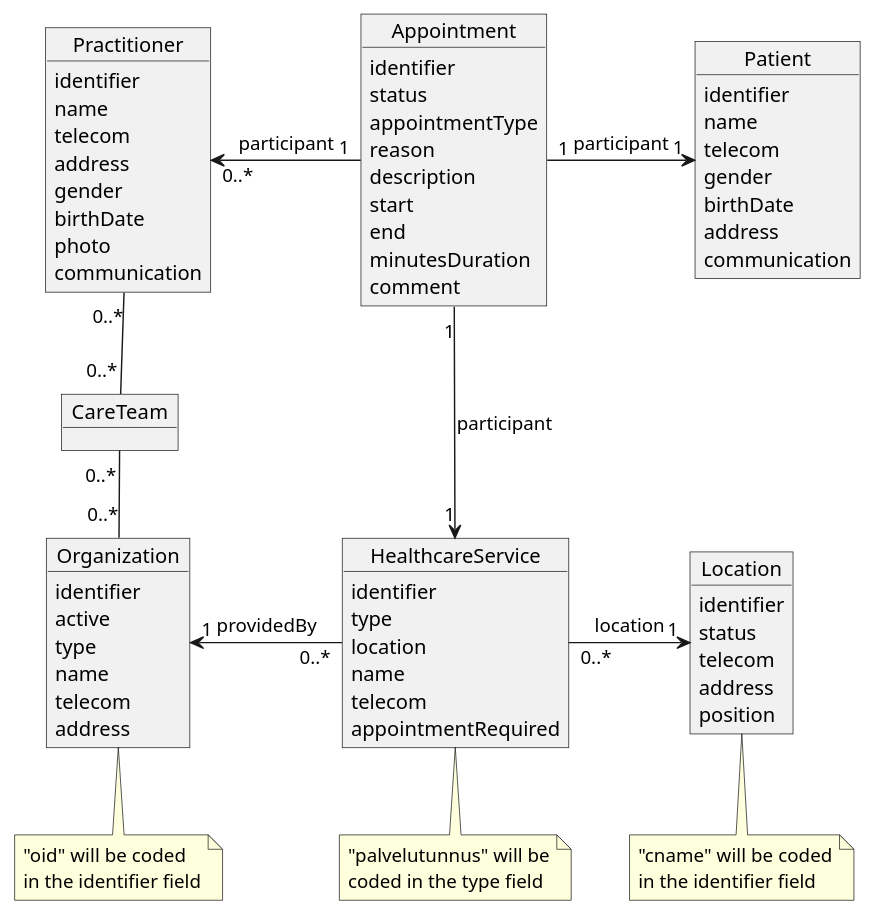
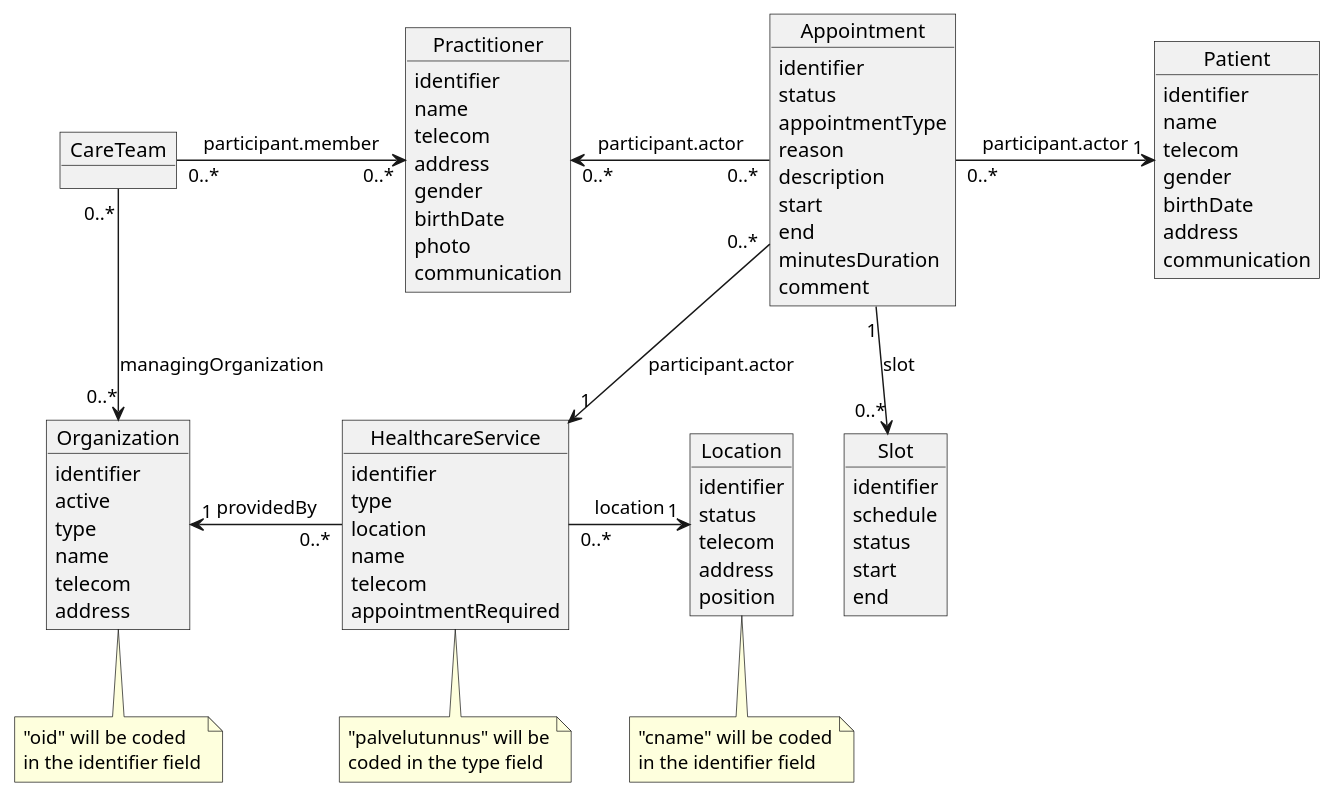
The diagram in ODA_ajanvaraus.plantuml (omahoito/rfc), drawn with PlantUML before and after one commit.

Commit message:
KT-558 updated UML diagram based on comments

```diff
--- a/ODA_ajanvaraus.plantuml
+++ b/ODA_ajanvaraus.plantuml
@@ -1,86 +1,95 @@
 @startuml
 
 hide methods
 
 object Appointment {
   identifier
   status
   appointmentType
   reason
   ' added description field for a human readable description
   description
   start
   end
   minutesDuration
   comment
 }
 
 object Patient {
   ' added some missing fields that are used in a patient resource
   identifier
   name
   telecom
   gender
   birthDate
   address
   communication
+}
+
+object Slot {
+  identifier
+  schedule
+  status
+  start
+  end
 }
 
 object Practitioner {
   identifier
   name
   telecom
   address
   gender
   birthDate  
   photo
   communication
   ' role.organization (ODAOrganization) ... role does not exist in DSTU3 any nmore
   ' role.healthcareService (ODAHealthcareService) ... role does not exist in DSTU3 any nmore
 }
 
 object HealthcareService {
   identifier
   type
   location 
   name
   telecom
   ' characteristic -- dropped this field out at this stage; used eg. to indicate wheel chair access
   appointmentRequired
 }
 note bottom : "palvelutunnus" will be\ncoded in the type field
 
 object Organization {
   ' added some missing fields that are used in a patient resource
   identifier
   active
   type
   name
   telecom
   address
 }
 note bottom : "oid" will be coded\nin the identifier field
 
 object Location {
   identifier
   status
   telecom
   address
   position
 }
 note bottom : "cname" will be coded\nin the identifier field
 
 object CareTeam {
 }
 
-Appointment "1" -left-> "0..*" Practitioner :  participant
-Appointment "1" -down-> "1" HealthcareService :  participant
-Appointment "1" -right-> "1" Patient :  participant
+Appointment "0..*" -left-> "0..*" Practitioner :  participant.actor
+Appointment "0..*" -down-> "1" HealthcareService :  participant.actor
+Appointment "0..*" -right-> "1" Patient :  participant.actor
+Appointment "1" -down-> "0..*" Slot :  slot
 
 HealthcareService "0..*" -left-> "1" Organization : providedBy
 HealthcareService "0..*  " -right-> "1" Location : location
 
-Practitioner "0..*" -down- "0..*" CareTeam
-Organization "0..*" -up- "0..*" CareTeam
+CareTeam "0..*" -right-> "0..*" Practitioner : participant.member
+CareTeam "0..*" -down-> "0..*" Organization : managingOrganization
 
 @enduml
```
